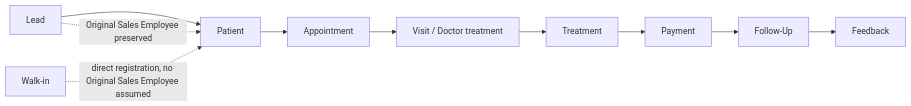
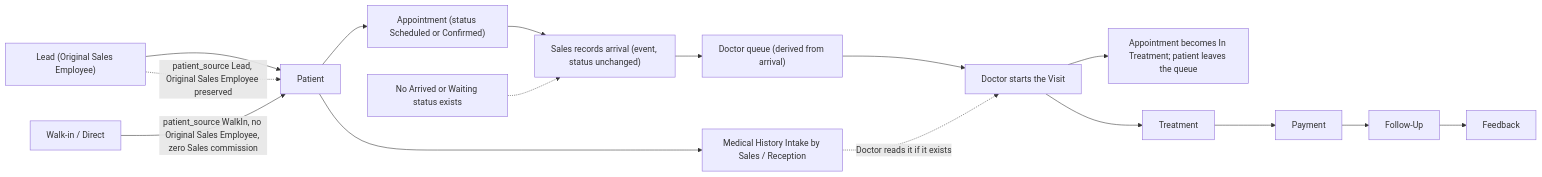
The fifth of 26 diagrams in docs/DIAGRAMS.md (mostafaabdullah11/Dental-clinical-system), drawn with Mermaid before and after one commit. The commit also changed other lines of this file and 51 other files, not shown here.

````diff
--- a/docs/DIAGRAMS.md
+++ b/docs/DIAGRAMS.md
@@ -194,12 +214,18 @@
 ```mermaid
 flowchart LR
-    L["Lead"] --> P["Patient"]
-    P --> A["Appointment"]
-    A --> D["Visit / Doctor treatment"]
+    L["Lead (Original Sales Employee)"] --> P["Patient"]
+    W["Walk-in / Direct"] -->|"patient_source WalkIn, no Original Sales Employee, zero Sales commission"| P
+    L -.->|"patient_source Lead, Original Sales Employee preserved"| P
+    P --> A["Appointment (status Scheduled or Confirmed)"]
+    P --> MH["Medical History Intake by Sales / Reception"]
+    A --> AR["Sales records arrival (event, status unchanged)"]
+    AR --> Q["Doctor queue (derived from arrival)"]
+    Q --> D["Doctor starts the Visit"]
+    D --> IT["Appointment becomes In Treatment; patient leaves the queue"]
+    MH -.->|"Doctor reads it if it exists"| D
     D --> T["Treatment"]
     T --> PAY["Payment"]
     PAY --> F["Follow-Up"]
     F --> FB["Feedback"]
-    W["Walk-in"] -.->|"direct registration, no Original Sales Employee assumed"| P
-    L -.->|"Original Sales Employee preserved"| P
+    NOTE["No Arrived or Waiting status exists"] -.-> AR
 ```
````
